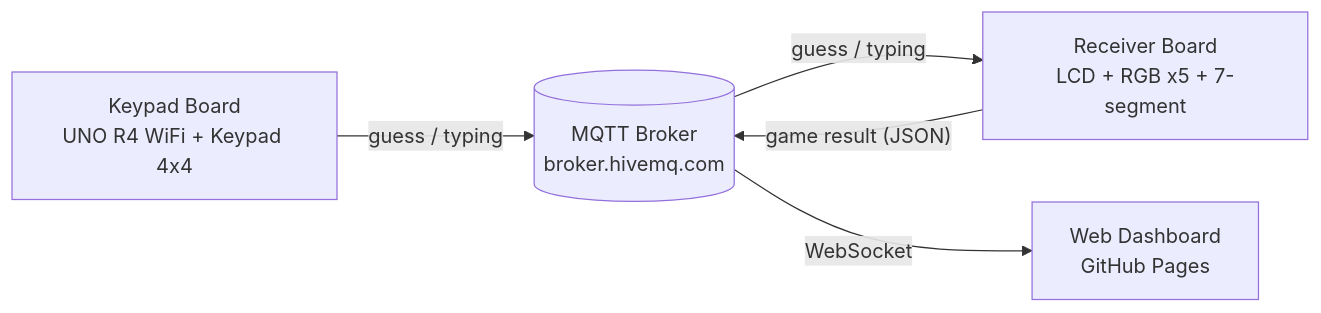
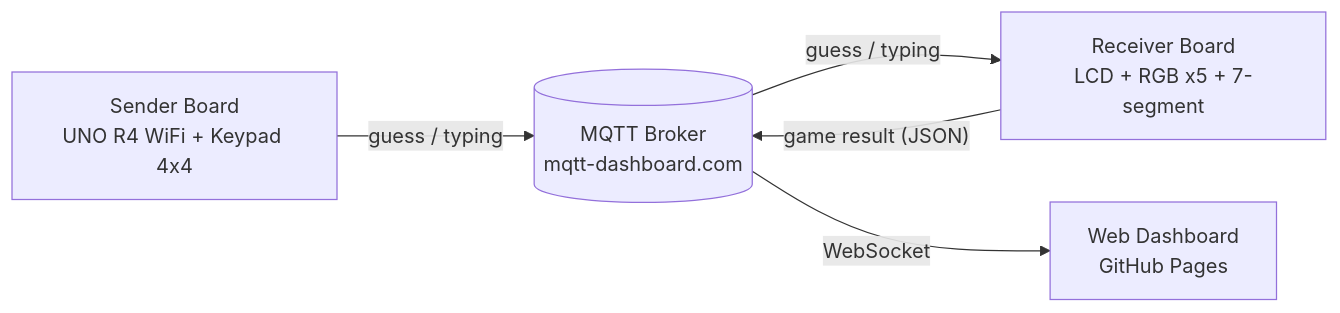
Before and after one commit to CodeRain49/GUESSNUM: the diagram in README.md, drawn with Mermaid. The commit also changed other lines of this file, not shown here.

Commit message:
Update README for Sender and Receiver terminology

````diff
--- a/README.md
+++ b/README.md
@@ -72,7 +72,7 @@
 ```mermaid
 flowchart LR
-  K["Keypad Board<br/>UNO R4 WiFi + Keypad 4x4"] -- "guess / typing" --> B[("MQTT Broker<br/>broker.hivemq.com")]
+  S["Sender Board<br/>UNO R4 WiFi + Keypad 4x4"] -- "guess / typing" --> B[("MQTT Broker<br/>mqtt-dashboard.com")]
   B -- "guess / typing" --> R["Receiver Board<br/>LCD + RGB x5 + 7-segment"]
   R -- "game result (JSON)" --> B
   B -- "WebSocket" --> W["Web Dashboard<br/>GitHub Pages"]
 ```
````
